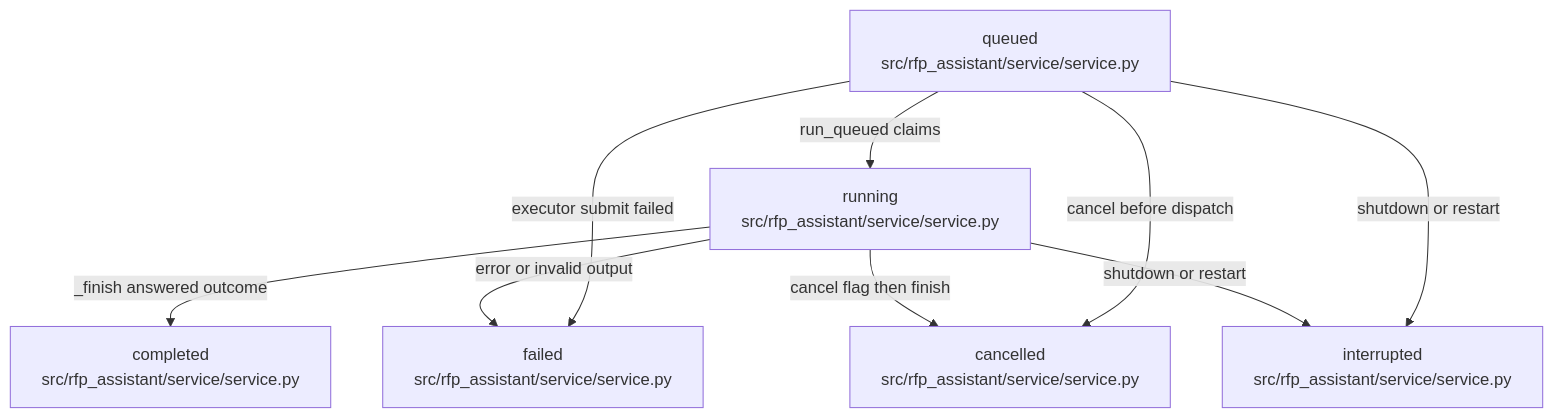
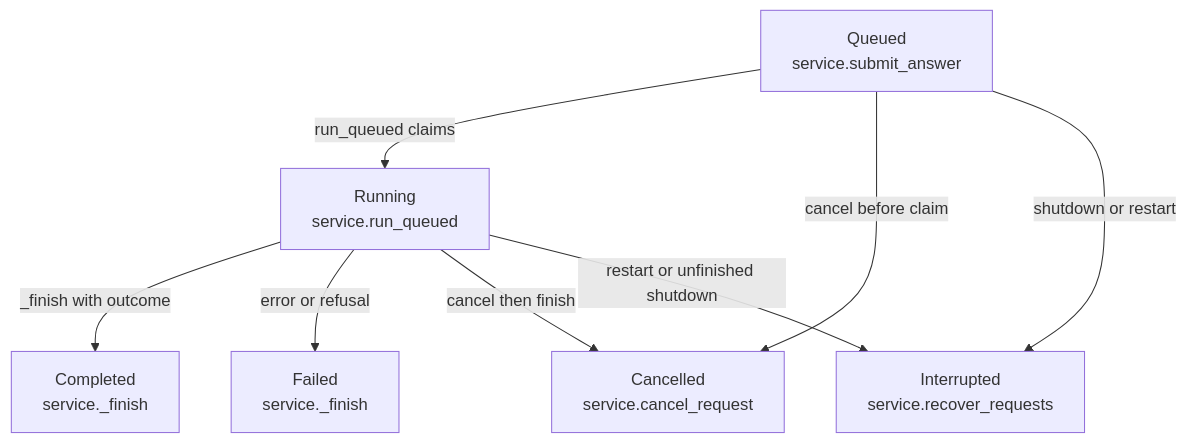
Before and after one commit to littleeeeebit/project-codeit-mid: the diagram in .omm/state-transitions/request-status/diagram.mmd, drawn with Mermaid. The commit also changed 367 other files, not shown here.

```diff
--- a/.omm/state-transitions/request-status/diagram.mmd
+++ b/.omm/state-transitions/request-status/diagram.mmd
@@ -1,15 +1,8 @@
 graph TD
-  queued["queued\nsrc/rfp_assistant/service/service.py"]
-  running["running\nsrc/rfp_assistant/service/service.py"]
-  completed["completed\nsrc/rfp_assistant/service/service.py"]
-  failed["failed\nsrc/rfp_assistant/service/service.py"]
-  cancelled["cancelled\nsrc/rfp_assistant/service/service.py"]
-  interrupted["interrupted\nsrc/rfp_assistant/service/service.py"]
-  queued -->|run_queued claims| running
-  queued -->|cancel before dispatch| cancelled
-  queued -->|executor submit failed| failed
-  queued -->|shutdown or restart| interrupted
-  running -->|_finish answered outcome| completed
-  running -->|error or invalid output| failed
-  running -->|cancel flag then finish| cancelled
-  running -->|shutdown or restart| interrupted
+  queued["Queued\nservice.submit_answer"] -->|"run_queued claims"| running["Running\nservice.run_queued"]
+  queued -->|"cancel before claim"| cancelled["Cancelled\nservice.cancel_request"]
+  queued -->|"shutdown or restart"| interrupted["Interrupted\nservice.recover_requests"]
+  running -->|"_finish with outcome"| completed["Completed\nservice._finish"]
+  running -->|"error or refusal"| failed["Failed\nservice._finish"]
+  running -->|"cancel then finish"| cancelled
+  running -->|"restart or unfinished shutdown"| interrupted
```
